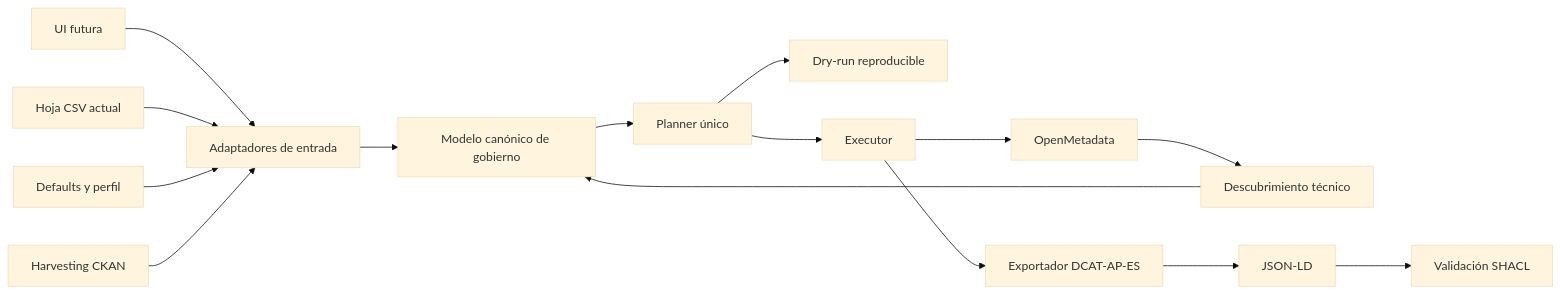
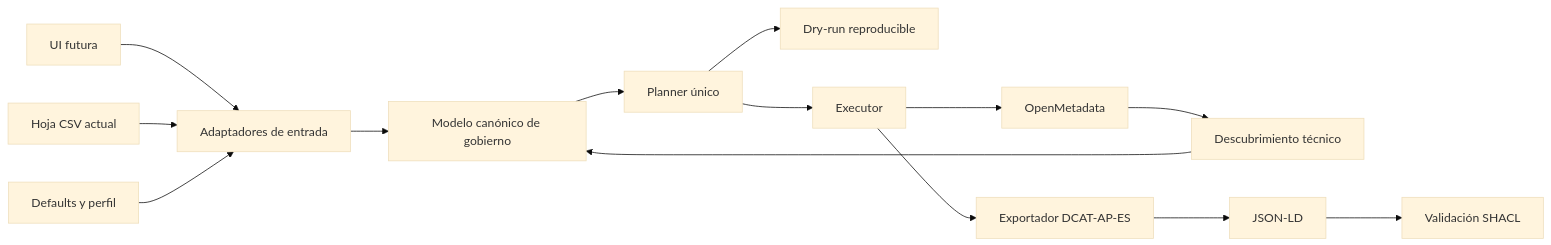
The diagram in docs/refactor_orquestacion_operativa.md (AlonsoMarcosM/TFM_Alonso_Marcos_Mu-oz), drawn with Mermaid (base theme) before and after one commit. The commit also changed other lines of this file and 162 other files, not shown here.

````diff
--- a/docs/refactor_orquestacion_operativa.md
+++ b/docs/refactor_orquestacion_operativa.md
@@ -110,17 +110,16 @@
 ```mermaid
 flowchart LR
   UI[UI futura] --> ADP[Adaptadores de entrada]
   CSV[Hoja CSV actual] --> ADP
   YAML[Defaults y perfil] --> ADP
-  CKAN[Harvesting CKAN] --> ADP
   OM[OpenMetadata] --> DISC[Descubrimiento técnico]
   DISC --> MODEL[Modelo canónico de gobierno]
   ADP --> MODEL
   MODEL --> PLAN[Planner único]
   PLAN --> DRY[Dry-run reproducible]
   PLAN --> APPLY[Executor]
   APPLY --> OM
   APPLY --> EXP[Exportador DCAT-AP-ES]
   EXP --> OUT[JSON-LD]
   OUT --> SHACL[Validación SHACL]
 ```
````
